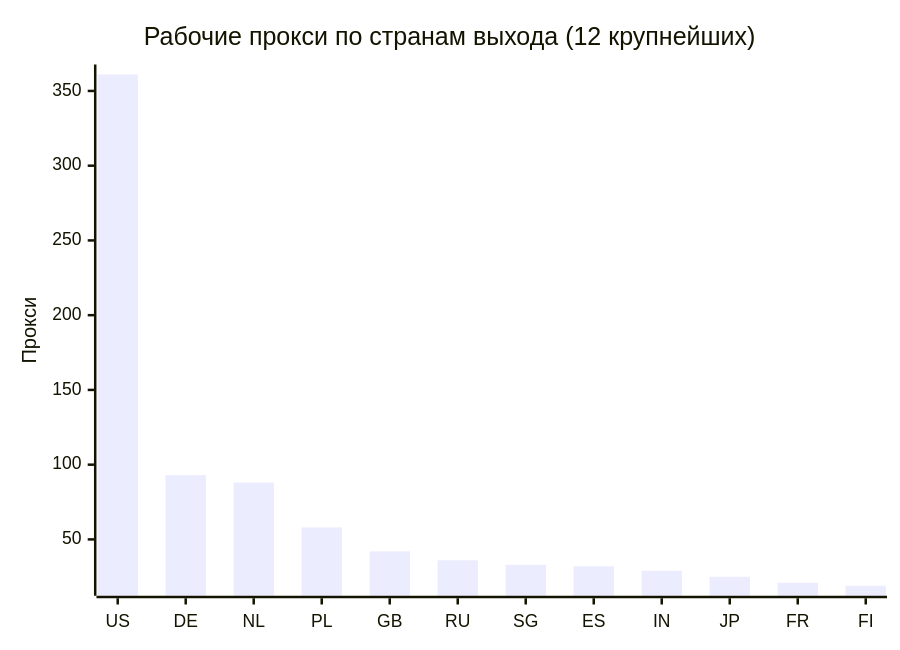
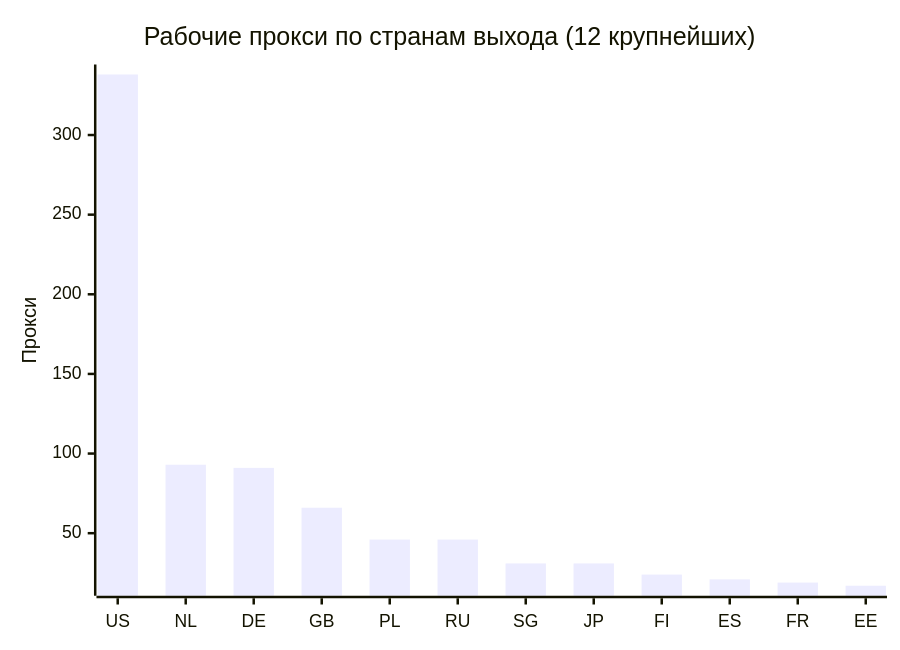
Before and after one commit to rvvg/proxy-subs: the second of 4 diagrams in README.md, drawn with Mermaid. The commit also changed other lines of this file and 50 other files, not shown here.

````diff
--- a/README.md
+++ b/README.md
@@ -128,7 +129,7 @@
 ```mermaid
 xychart-beta
     title "Рабочие прокси по странам выхода (12 крупнейших)"
-    x-axis ["US", "DE", "NL", "PL", "GB", "RU", "SG", "ES", "IN", "JP", "FR", "FI"]
+    x-axis ["US", "NL", "DE", "GB", "PL", "RU", "SG", "JP", "FI", "ES", "FR", "EE"]
     y-axis "Прокси"
-    bar [361, 93, 88, 58, 42, 36, 33, 32, 29, 25, 21, 19]
+    bar [338, 93, 91, 66, 46, 46, 31, 31, 24, 21, 19, 17]
 ```
````
